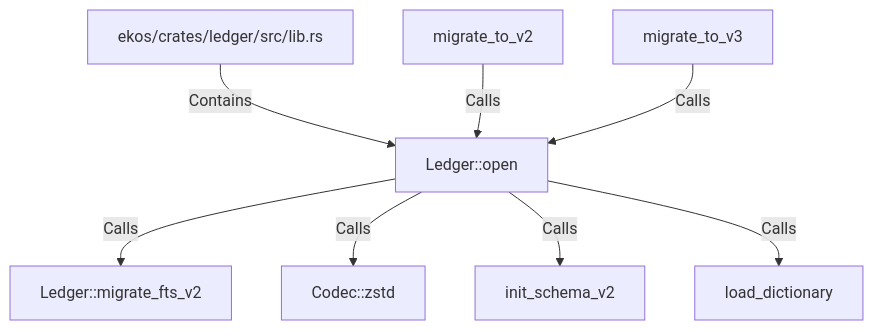
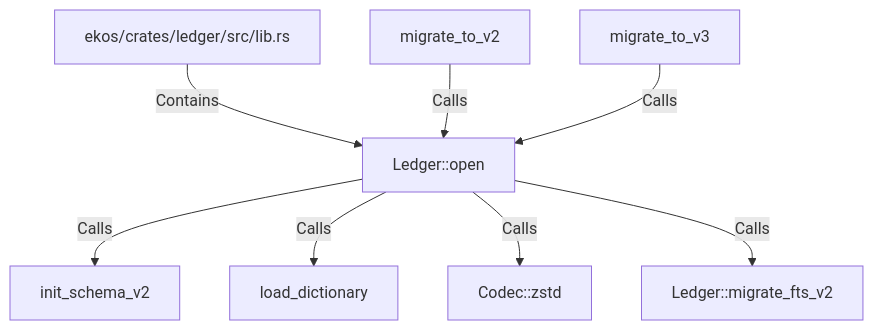
One commit to alexeyban/EKOS changed the diagram in doc/entities/rustsymbol/le/ledger-open.md. Above: the diagram before and after it, drawn with Mermaid. The commit also changed other lines of this file and 552 other files, not shown here.

````diff
--- a/doc/entities/rustsymbol/le/ledger-open.md
+++ b/doc/entities/rustsymbol/le/ledger-open.md
@@ -26,18 +26,18 @@
 ```mermaid
 graph TD
     n1202f2b1c8ed5a89aac35ef29891cb8b["Ledger::open"]
     n21938f45b76759339e7112e15ff53eb1["ekos/crates/ledger/src/lib.rs"]
     n21938f45b76759339e7112e15ff53eb1 -->|Contains| n1202f2b1c8ed5a89aac35ef29891cb8b
-    n2c3a50d11ba054fd85092493f809dc4c["Ledger::migrate_fts_v2"]
-    n1202f2b1c8ed5a89aac35ef29891cb8b -->|Calls| n2c3a50d11ba054fd85092493f809dc4c
-    n90b5c6e9ab205f91af23dfa3538059e2["Codec::zstd"]
-    n1202f2b1c8ed5a89aac35ef29891cb8b -->|Calls| n90b5c6e9ab205f91af23dfa3538059e2
     n229e4c1fd3985b8483482003c40d9865["init_schema_v2"]
     n1202f2b1c8ed5a89aac35ef29891cb8b -->|Calls| n229e4c1fd3985b8483482003c40d9865
     ne3ae936ee90452b38b3e900dd3178368["load_dictionary"]
     n1202f2b1c8ed5a89aac35ef29891cb8b -->|Calls| ne3ae936ee90452b38b3e900dd3178368
+    n90b5c6e9ab205f91af23dfa3538059e2["Codec::zstd"]
+    n1202f2b1c8ed5a89aac35ef29891cb8b -->|Calls| n90b5c6e9ab205f91af23dfa3538059e2
+    n2c3a50d11ba054fd85092493f809dc4c["Ledger::migrate_fts_v2"]
+    n1202f2b1c8ed5a89aac35ef29891cb8b -->|Calls| n2c3a50d11ba054fd85092493f809dc4c
     nfee5c44ca2e159dbbf5db63aff20f8c9["migrate_to_v2"]
     nfee5c44ca2e159dbbf5db63aff20f8c9 -->|Calls| n1202f2b1c8ed5a89aac35ef29891cb8b
     n1dab3f65615b56e9ae9be92c32a2cb63["migrate_to_v3"]
     n1dab3f65615b56e9ae9be92c32a2cb63 -->|Calls| n1202f2b1c8ed5a89aac35ef29891cb8b
 ```
````
